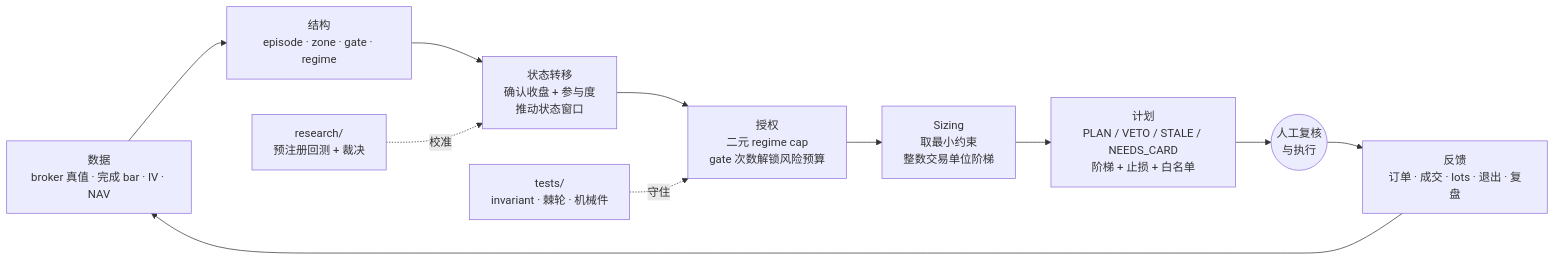
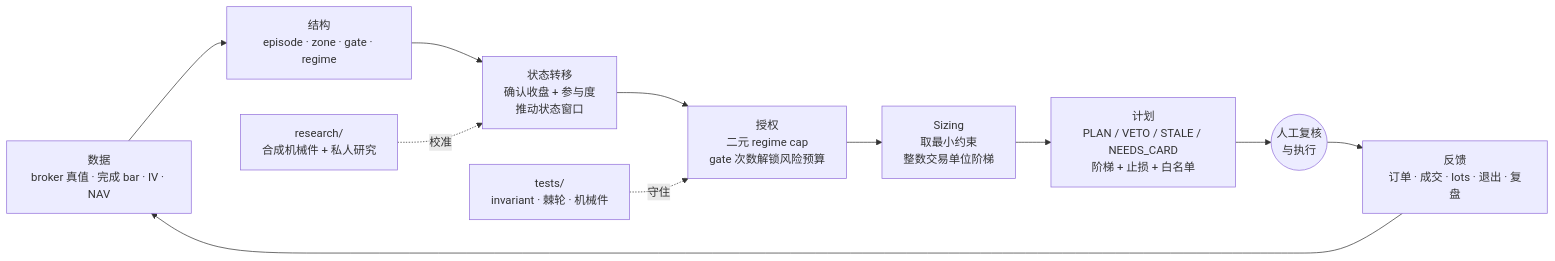
Before and after one commit to Coreychen4444/coreytrading: the first of 5 diagrams in README_CN.md, drawn with Mermaid. The commit also changed other lines of this file and 105 other files, not shown here.

````diff
--- a/README_CN.md
+++ b/README_CN.md
@@ -25,13 +25,13 @@
 ```mermaid
 flowchart LR
     D["数据<br/>broker 真值 · 完成 bar · IV · NAV"] --> M["结构<br/>episode · zone · gate · regime"]
     M --> T["状态转移<br/>确认收盘 + 参与度<br/>推动状态窗口"]
     T --> A["授权<br/>二元 regime cap<br/>gate 次数解锁风险预算"]
     A --> S["Sizing<br/>取最小约束<br/>整数交易单位阶梯"]
     S --> P["计划<br/>PLAN / VETO / STALE / NEEDS_CARD<br/>阶梯 + 止损 + 白名单"]
     P --> E(("人工复核<br/>与执行"))
     E --> F["反馈<br/>订单 · 成交 · lots · 退出 · 复盘"]
     F --> D
-    R["research/<br/>预注册回测 + 裁决"] -. 校准 .-> T
+    R["research/<br/>合成机械件 + 私人研究"] -. 校准 .-> T
     TS["tests/<br/>invariant · 棘轮 · 机械件"] -. 守住 .-> A
 ```
````
